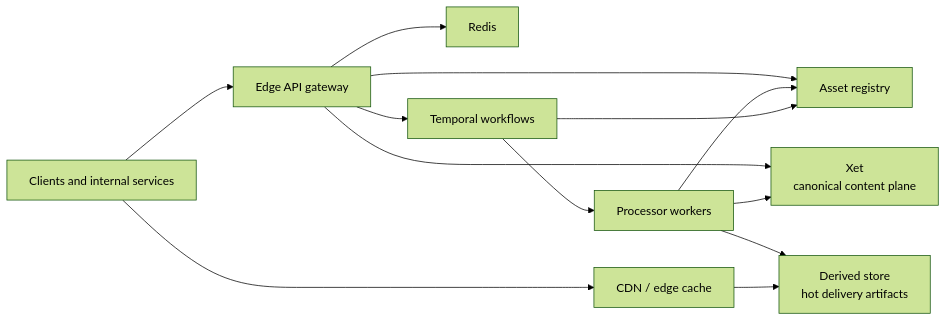
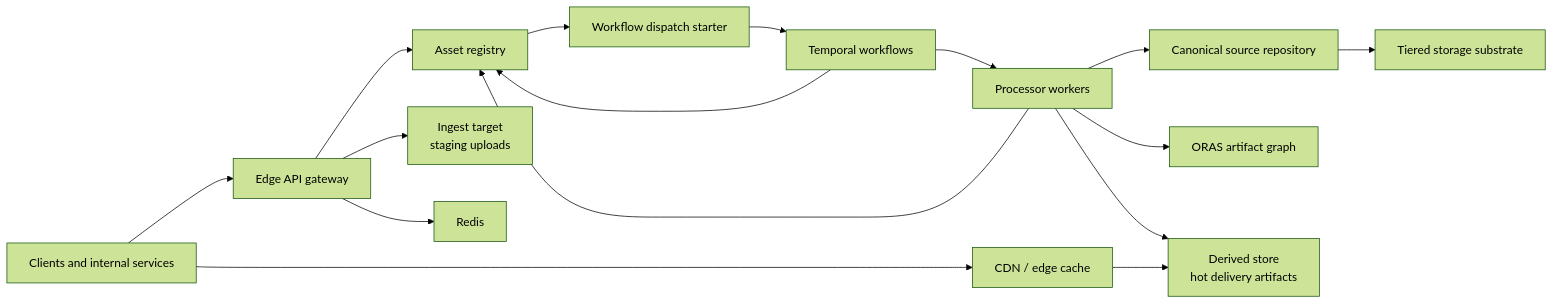
The first of 9 diagrams in docs/architecture.md (Yeusepe/cdngine), drawn with Mermaid (forest theme) before and after one commit. The commit also changed other lines of this file and 33 other files, not shown here.

First line of the commit message:
Adopt canonical source repository and tiered storage

````diff
--- a/docs/architecture.md
+++ b/docs/architecture.md
@@ -144,15 +154,18 @@
 ```mermaid
 flowchart LR
     Clients["Clients and internal services"] --> Gateway["Edge API gateway"]
     Gateway --> Registry["Asset registry"]
-    Gateway --> Xet["Xet\ncanonical content plane"]
+    Gateway --> Ingest["Ingest target\nstaging uploads"]
     Gateway --> Redis["Redis"]
-    Gateway --> Temporal["Temporal workflows"]
+    Registry --> Starter["Workflow dispatch starter"]
+    Starter --> Temporal["Temporal workflows"]
     Temporal --> Workers["Processor workers"]
-    Workers --> Xet
+    Workers --> SourceRepo["Canonical source repository"]
+    SourceRepo --> Tiered["Tiered storage substrate"]
+    Workers --> ArtifactGraph["ORAS artifact graph"]
     Workers --> Derived["Derived store\nhot delivery artifacts"]
     Workers --> Registry
     Temporal --> Registry
     CDN["CDN / edge cache"] --> Derived
     Clients --> CDN
 ```
````
